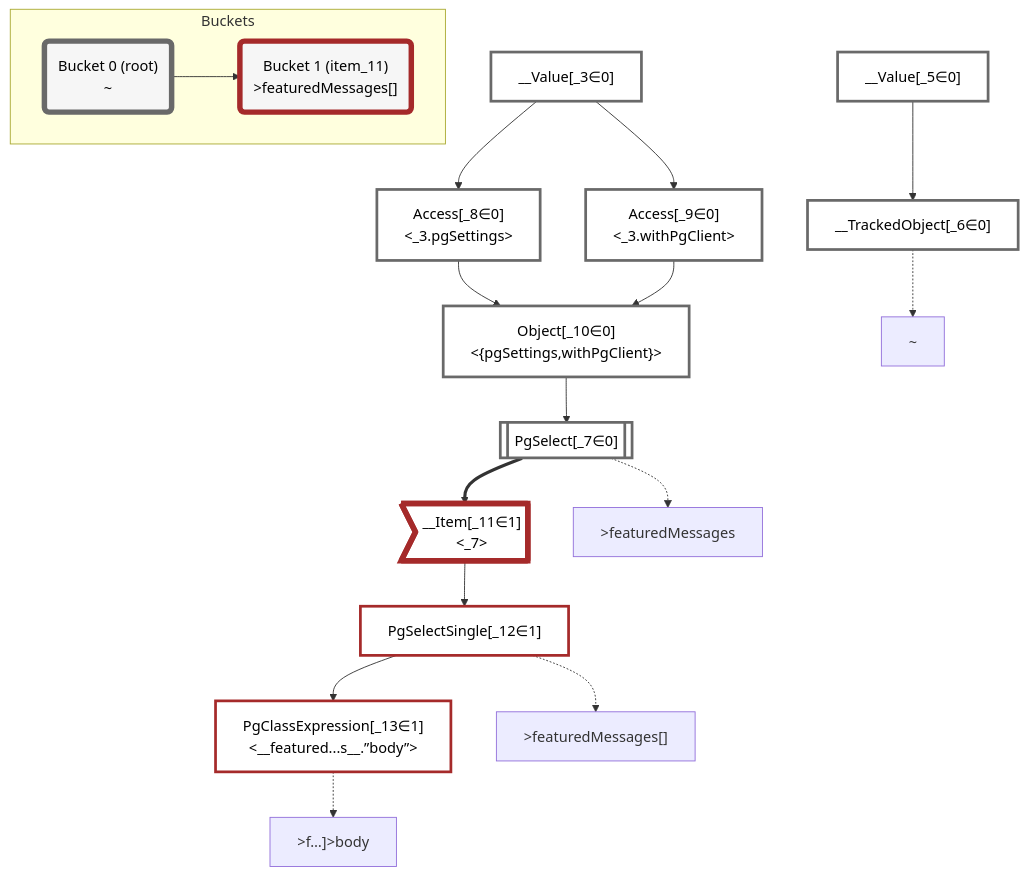
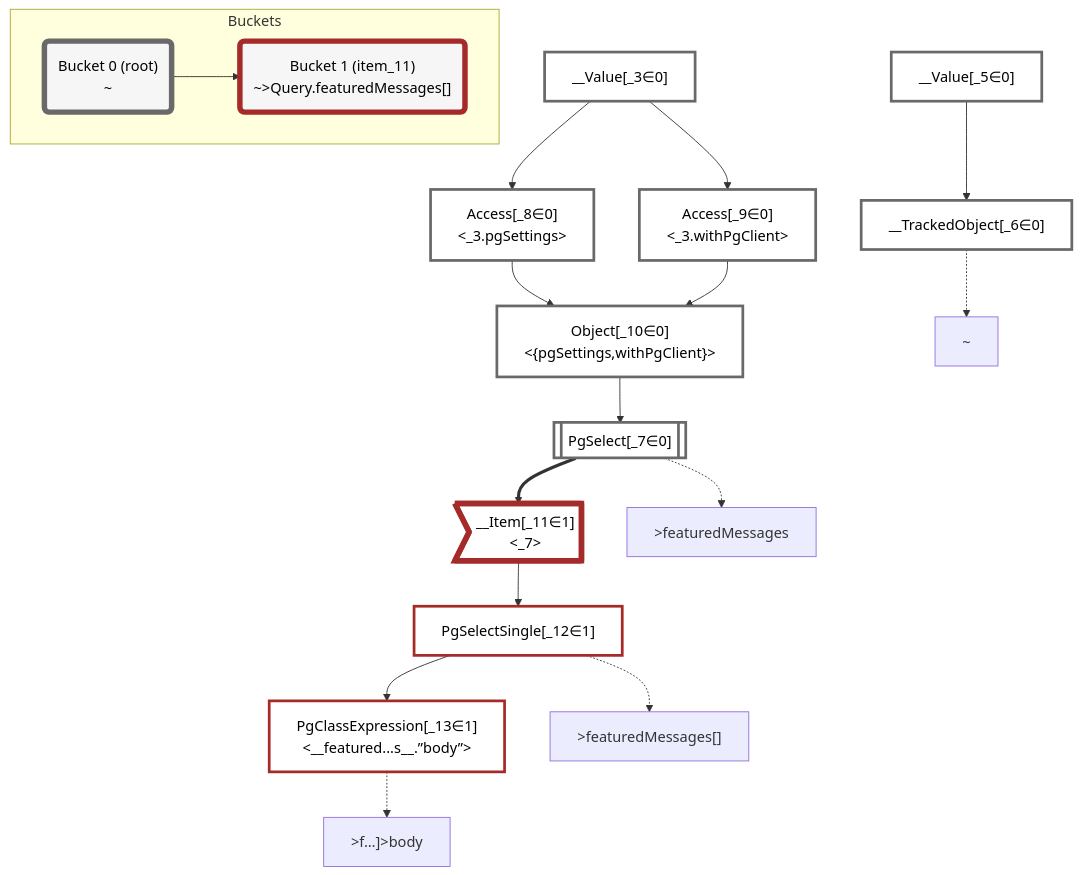
Before and after one commit to graphile/crystal: the diagram in packages/dataplan-pg/__tests__/queries/functions/custom-query-setof-message.deopt.mermaid.md, drawn with Mermaid. The commit also changed 141 other files, not shown here.

````diff
--- a/packages/dataplan-pg/__tests__/queries/functions/custom-query-setof-message.deopt.mermaid.md
+++ b/packages/dataplan-pg/__tests__/queries/functions/custom-query-setof-message.deopt.mermaid.md
@@ -1,56 +1,56 @@
 ```mermaid
 graph TD
     classDef path fill:#eee,stroke:#000,color:#000
     classDef plan fill:#fff,stroke-width:3px,color:#000
     classDef itemplan fill:#fff,stroke-width:6px,color:#000
     classDef sideeffectplan fill:#f00,stroke-width:6px,color:#000
     classDef bucket fill:#f6f6f6,color:#000,stroke-width:6px
 
 
     %% define plans
     __Value_3["__Value[_3∈0]<br /><context>"]:::plan
     __Value_5["__Value[_5∈0]<br /><rootValue>"]:::plan
     __TrackedObject_6["__TrackedObject[_6∈0]"]:::plan
     PgSelect_7[["PgSelect[_7∈0]<br /><featured_messages>"]]:::plan
     Access_8["Access[_8∈0]<br /><_3.pgSettings>"]:::plan
     Access_9["Access[_9∈0]<br /><_3.withPgClient>"]:::plan
     Object_10["Object[_10∈0]<br /><{pgSettings,withPgClient}>"]:::plan
     __Item_11>"__Item[_11∈1]<br /><_7>"]:::itemplan
     PgSelectSingle_12["PgSelectSingle[_12∈1]<br /><featured_messages>"]:::plan
     PgClassExpression_13["PgClassExpression[_13∈1]<br /><__featured...s__.”body”>"]:::plan
 
     %% plan dependencies
     __Value_5 --> __TrackedObject_6
     Object_10 --> PgSelect_7
     __Value_3 --> Access_8
     __Value_3 --> Access_9
     Access_8 --> Object_10
     Access_9 --> Object_10
     PgSelect_7 ==> __Item_11
     __Item_11 --> PgSelectSingle_12
     PgSelectSingle_12 --> PgClassExpression_13
 
     %% plan-to-path relationships
     P1["~"]
     __TrackedObject_6 -.-> P1
     P2[">featuredMessages"]
     PgSelect_7 -.-> P2
     P3[">featuredMessages[]"]
     PgSelectSingle_12 -.-> P3
     P4[">f…]>body"]
     PgClassExpression_13 -.-> P4
 
     %% allocate buckets
     classDef bucket0 stroke:#696969
     class __Value_3,__Value_5,__TrackedObject_6,PgSelect_7,Access_8,Access_9,Object_10 bucket0
     classDef bucket1 stroke:#a52a2a
     class __Item_11,PgSelectSingle_12,PgClassExpression_13 bucket1
 
     subgraph Buckets
     Bucket0("Bucket 0 (root)<br />~"):::bucket
     style Bucket0 stroke:#696969
-    Bucket1("Bucket 1 (item_11)<br />>featuredMessages[]"):::bucket
+    Bucket1("Bucket 1 (item_11)<br />~>Query.featuredMessages[]"):::bucket
     style Bucket1 stroke:#a52a2a
     Bucket0 --> Bucket1
     end
 ```
````
